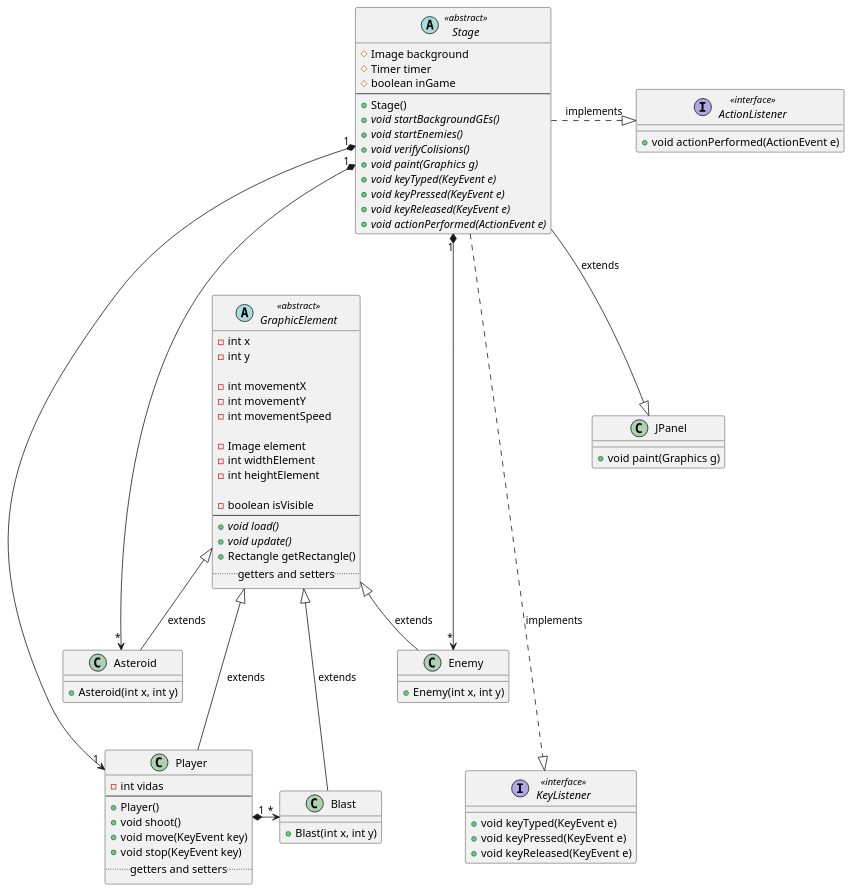
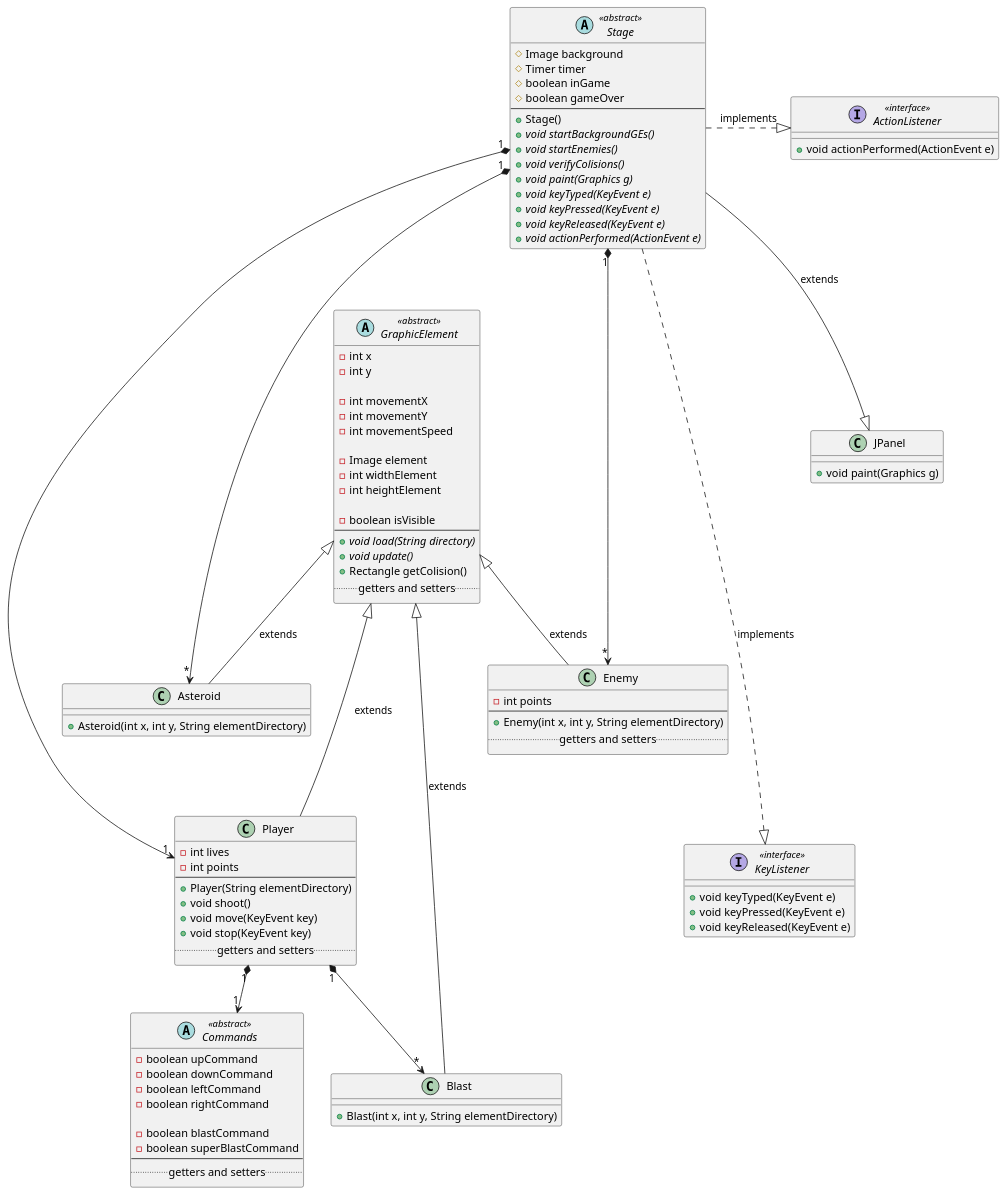
The diagram in dc.puml (IagoGdeMeira/jogo-2d-poo), drawn with PlantUML before and after one commit.

```diff
--- a/dc.puml
+++ b/dc.puml
@@ -1,90 +1,108 @@
 @startuml
 
 abstract GraphicElement <<abstract>> {
   - int x
   - int y
   
   - int movementX
   - int movementY
   - int movementSpeed
   
   - Image element
   - int widthElement
   - int heightElement
   
   - boolean isVisible
   ----
-  + {abstract} void load()
+  + {abstract} void load(String directory)
   + {abstract} void update()
-  + Rectangle getRectangle()
+  + Rectangle getColision()
   ..getters and setters..
 }
 
 class Blast {
-  + Blast(int x, int y)
+  + Blast(int x, int y, String elementDirectory)
 }
 
 class Enemy {
-  + Enemy(int x, int y)
+  - int points
+  --
+  + Enemy(int x, int y, String elementDirectory)
+  ..getters and setters..
 }
 
 class Asteroid {
-  + Asteroid(int x, int y)
+  + Asteroid(int x, int y, String elementDirectory)
 }
 
 class Player {
-  - int vidas
+  - int lives
+  - int points
   --
-  + Player()
+  + Player(String elementDirectory)
   + void shoot()
   + void move(KeyEvent key)
   + void stop(KeyEvent key)
+  ..getters and setters..
+}
+
+abstract Commands <<abstract>> {
+  - boolean upCommand
+  - boolean downCommand
+  - boolean leftCommand
+  - boolean rightCommand
+
+  - boolean blastCommand
+  - boolean superBlastCommand
+  ----
   ..getters and setters..
 }
 
 abstract Stage <<abstract>> {
   # Image background
   # Timer timer
   # boolean inGame
+  # boolean gameOver
   --
   + Stage()
   + {abstract} void startBackgroundGEs()
   + {abstract} void startEnemies()
   + {abstract} void verifyColisions()
   + {abstract} void paint(Graphics g)
   + {abstract} void keyTyped(KeyEvent e)
   + {abstract} void keyPressed(KeyEvent e)
   + {abstract} void keyReleased(KeyEvent e)
   + {abstract} void actionPerformed(ActionEvent e)
 }
 
 GraphicElement <|-- Asteroid :extends
 GraphicElement <|--- Player :extends
 GraphicElement <|- Blast :extends
 GraphicElement <|- Enemy :extends
 
-Player "1" *-> "*" Blast
+Player "1" *--> "*" Blast
+Player "1" *--> "1" Commands
 
-Stage "1" *-> "1" Player
+Stage "1" *--> "1" Player
 Stage "1" *---> "*" Enemy
 Stage "1" *---> "*" Asteroid
 
 interface KeyListener <<interface>> {
   + void keyTyped(KeyEvent e)
   + void keyPressed(KeyEvent e)
   + void keyReleased(KeyEvent e)
 }
 
 interface ActionListener <<interface>> {
   + void actionPerformed(ActionEvent e)
 }
 
 class JPanel {
   + void paint(Graphics g)
 }
 
 Stage ....|> KeyListener :implements
 Stage --|> JPanel :extends
 Stage .|> ActionListener :implements
 
 @enduml
```
